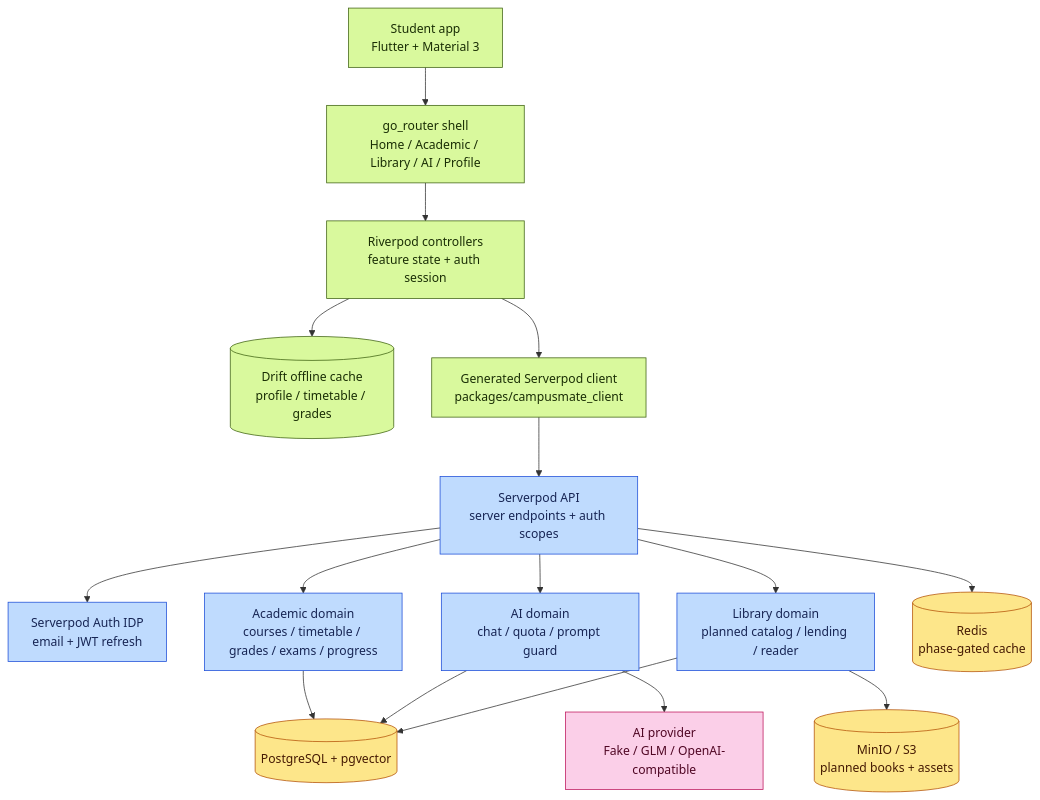
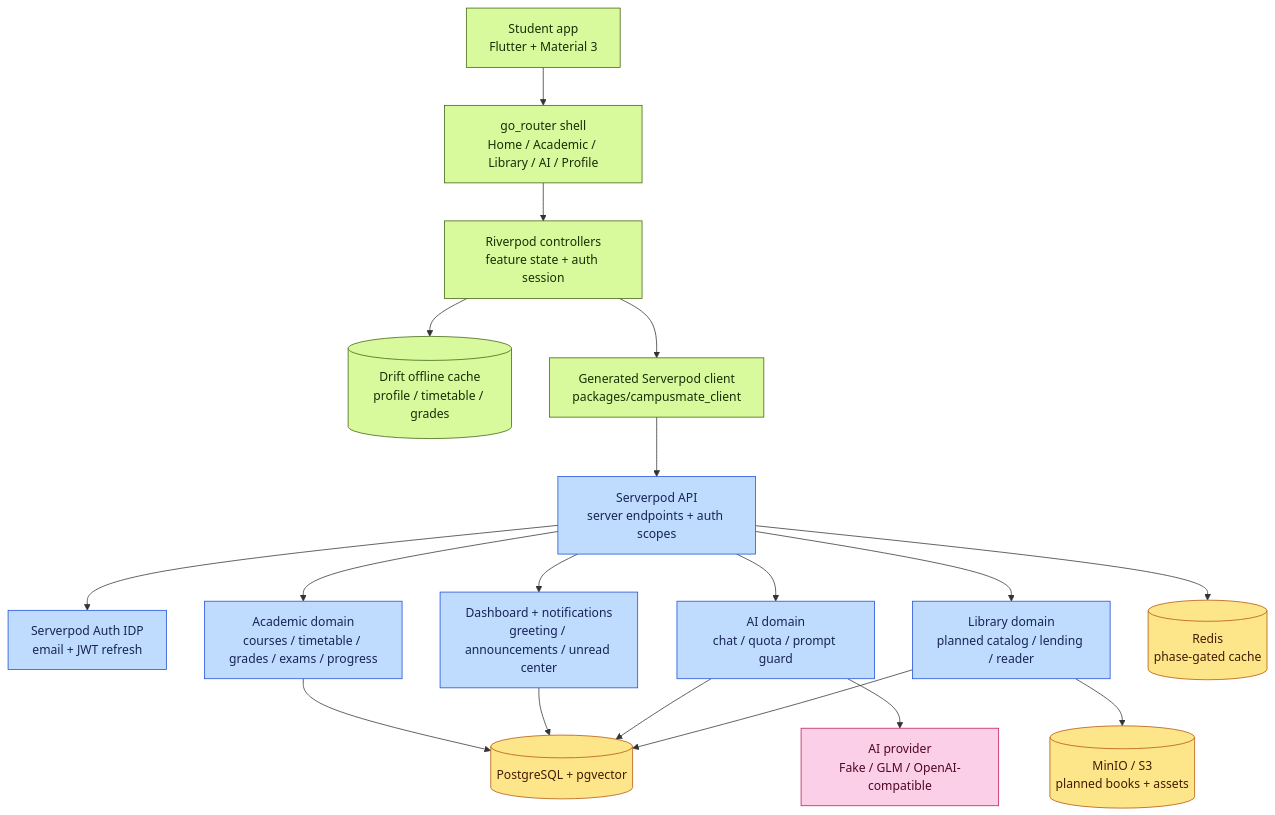
Before and after one commit to JasonTM17/CampusMate: the first of 2 diagrams in README.md, drawn with Mermaid. The commit also changed other lines of this file and 70 other files, not shown here.

Commit message:
feat(dashboard): add student notifications

````diff
--- a/README.md
+++ b/README.md
@@ -9,29 +9,31 @@
 ```mermaid
 flowchart TB
     student[Student app\nFlutter + Material 3] --> router[go_router shell\nHome / Academic / Library / AI / Profile]
     router --> riverpod[Riverpod controllers\nfeature state + auth session]
     riverpod --> cache[(Drift offline cache\nprofile / timetable / grades)]
     riverpod --> client[Generated Serverpod client\npackages/campusmate_client]
 
     client --> api[Serverpod API\nserver endpoints + auth scopes]
     api --> auth[Serverpod Auth IDP\nemail + JWT refresh]
     api --> academic[Academic domain\ncourses / timetable / grades / exams / progress]
+    api --> dashboard[Dashboard + notifications\ngreeting / announcements / unread center]
     api --> ai[AI domain\nchat / quota / prompt guard]
     api --> library[Library domain\nplanned catalog / lending / reader]
 
     academic --> pg[(PostgreSQL + pgvector)]
+    dashboard --> pg
     ai --> pg
     library --> pg
     api --> redis[(Redis\nphase-gated cache)]
     library --> minio[(MinIO / S3\nplanned books + assets)]
     ai --> provider[AI provider\nFake / GLM / OpenAI-compatible]
 
     classDef mobile fill:#d9f99d,stroke:#3f6212,color:#1a2e05
     classDef server fill:#bfdbfe,stroke:#1d4ed8,color:#172554
     classDef data fill:#fde68a,stroke:#b45309,color:#451a03
     classDef external fill:#fbcfe8,stroke:#be185d,color:#500724
     class student,router,riverpod,cache,client mobile
-    class api,auth,academic,ai,library server
+    class api,auth,academic,dashboard,ai,library server
     class pg,redis,minio data
     class provider external
 ```
````
